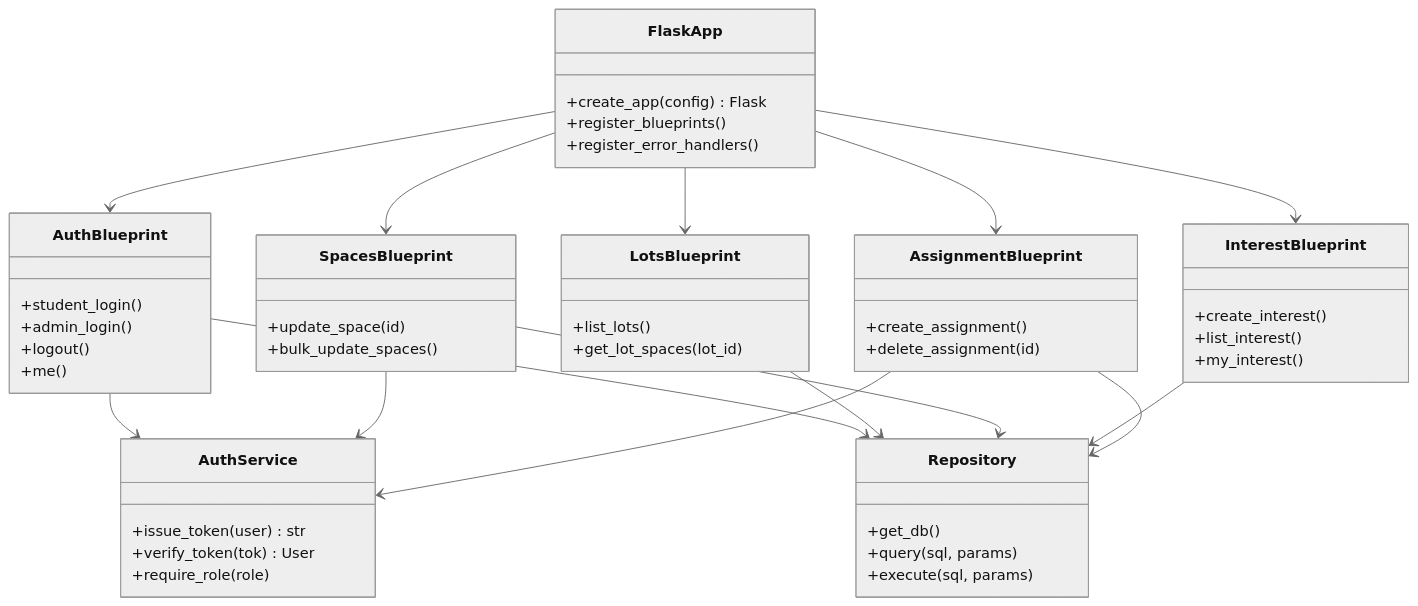
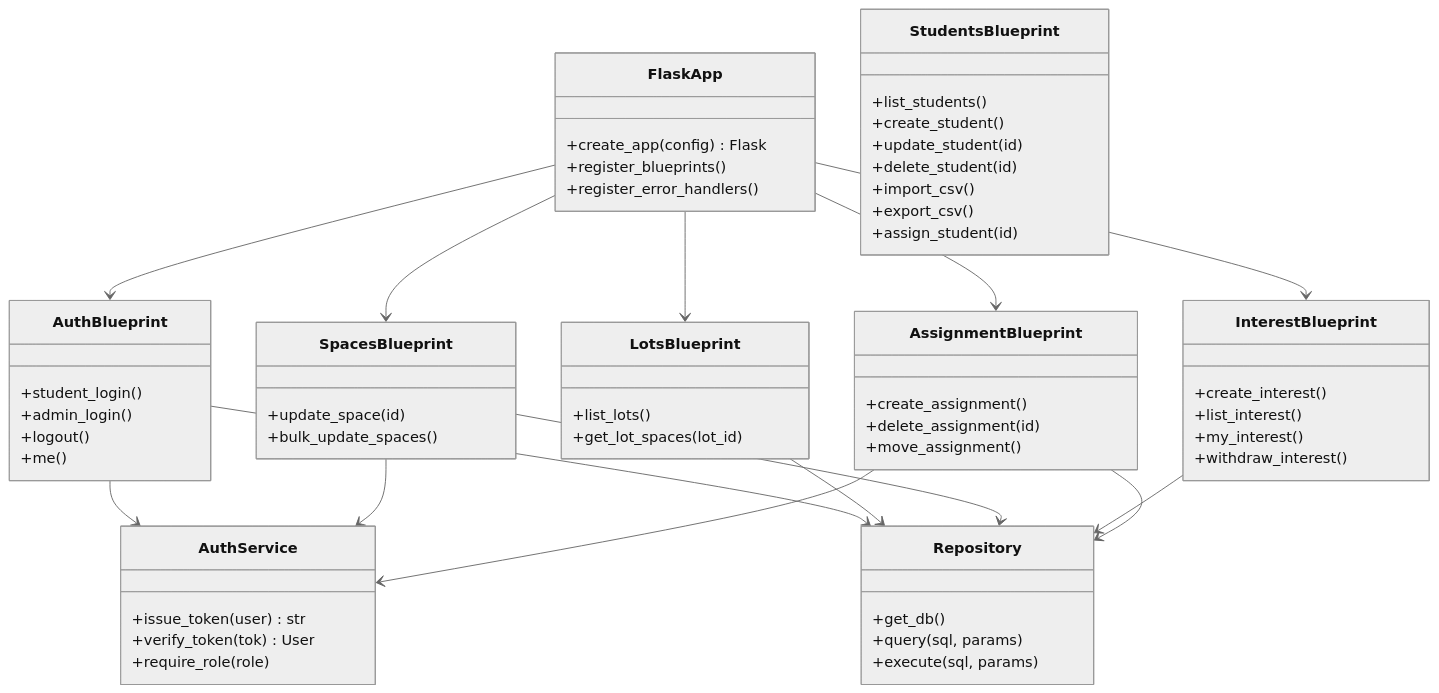
Before and after one commit to LTRide2/lt-parking-site-project: the third of 8 diagrams in plan/plan.md, drawn with Mermaid (neutral theme). The commit also changed other lines of this file and 1 other file, not shown here.

Commit message:
design: reconcile plan.md + UI guide with PoC (roster/dual-identity, preferred-spot interest, size coords, lot number, move/withdraw)

````diff
--- a/plan/plan.md
+++ b/plan/plan.md
@@ -219,55 +240,66 @@
 ```mermaid
 classDiagram
     class FlaskApp {
         +create_app(config) Flask
         +register_blueprints()
         +register_error_handlers()
     }
     class AuthBlueprint {
         +student_login()
         +admin_login()
         +logout()
         +me()
     }
     class LotsBlueprint {
         +list_lots()
         +get_lot_spaces(lot_id)
     }
     class SpacesBlueprint {
         +update_space(id)
         +bulk_update_spaces()
     }
     class InterestBlueprint {
         +create_interest()
         +list_interest()
         +my_interest()
+        +withdraw_interest()
     }
     class AssignmentBlueprint {
         +create_assignment()
         +delete_assignment(id)
+        +move_assignment()
+    }
+    class StudentsBlueprint {
+        +list_students()
+        +create_student()
+        +update_student(id)
+        +delete_student(id)
+        +import_csv()
+        +export_csv()
+        +assign_student(id)
     }
     class Repository {
         +get_db()
         +query(sql, params)
         +execute(sql, params)
     }
     class AuthService {
         +issue_token(user) str
         +verify_token(tok) User
         +require_role(role)
     }
 
     FlaskApp --> AuthBlueprint
     FlaskApp --> LotsBlueprint
     FlaskApp --> SpacesBlueprint
     FlaskApp --> InterestBlueprint
     FlaskApp --> AssignmentBlueprint
     AuthBlueprint --> AuthService
     SpacesBlueprint --> AuthService
     AssignmentBlueprint --> AuthService
     AuthBlueprint --> Repository
     LotsBlueprint --> Repository
     SpacesBlueprint --> Repository
     InterestBlueprint --> Repository
     AssignmentBlueprint --> Repository
 ```
````
